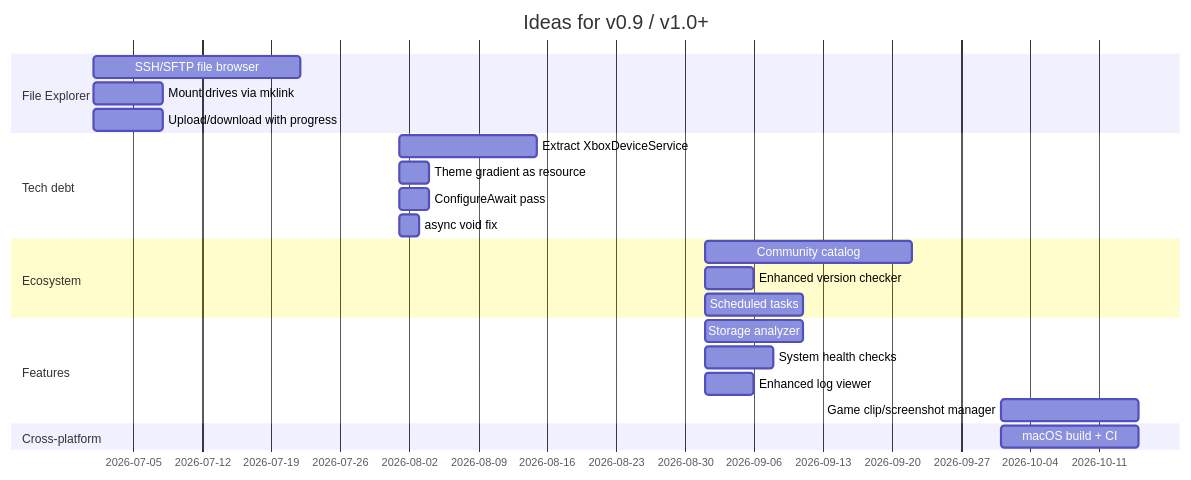
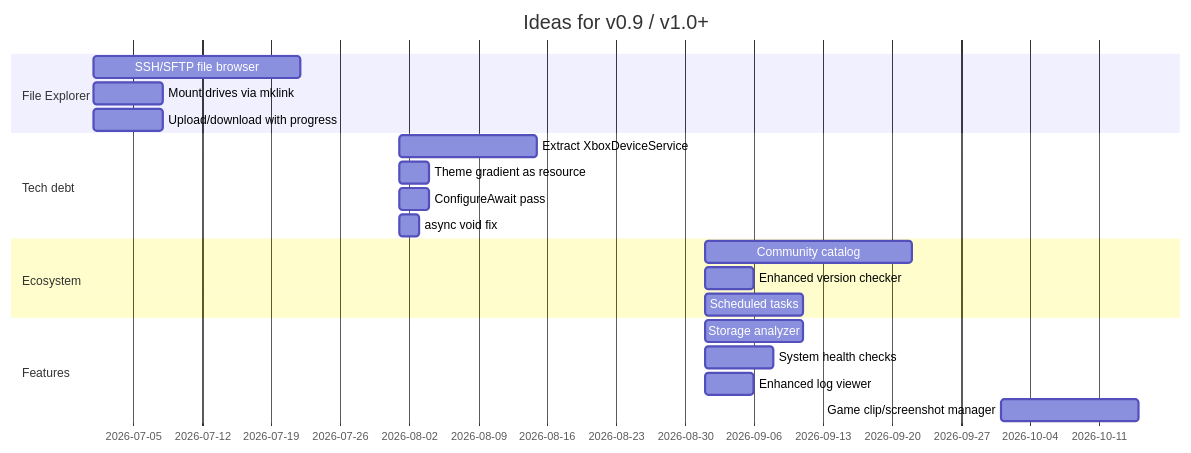
Before and after one commit to marcelofrau/xb-homebrew-vault: the third of 3 diagrams in docs/roadmap.md, drawn with Mermaid. The commit also changed other lines of this file and 6 other files, not shown here.

First line of the commit message:
docs: add macOS to release artifacts and cross-platform docs

````diff
--- a/docs/roadmap.md
+++ b/docs/roadmap.md
@@ -119,25 +120,23 @@
 ```mermaid
 gantt
     title Ideas for v0.9 / v1.0+
     dateFormat  YYYY-MM-DD
     section File Explorer
     SSH/SFTP file browser        : 2026-07, 21d
     Mount drives via mklink      : 2026-07, 7d
     Upload/download with progress: 2026-07, 7d
     section Tech debt
     Extract XboxDeviceService    : 2026-08, 14d
     Theme gradient as resource   : 2026-08, 3d
     ConfigureAwait pass          : 2026-08, 3d
     async void fix               : 2026-08, 2d
     section Ecosystem
     Community catalog            : 2026-09, 21d
     Enhanced version checker     : 2026-09, 5d
     Scheduled tasks              : 2026-09, 10d
     section Features
     Storage analyzer             : 2026-09, 10d
     System health checks         : 2026-09, 7d
     Enhanced log viewer          : 2026-09, 5d
     Game clip/screenshot manager : 2026-10, 14d
-    section Cross-platform
-    macOS build + CI             : 2026-10, 14d
 ```
````
